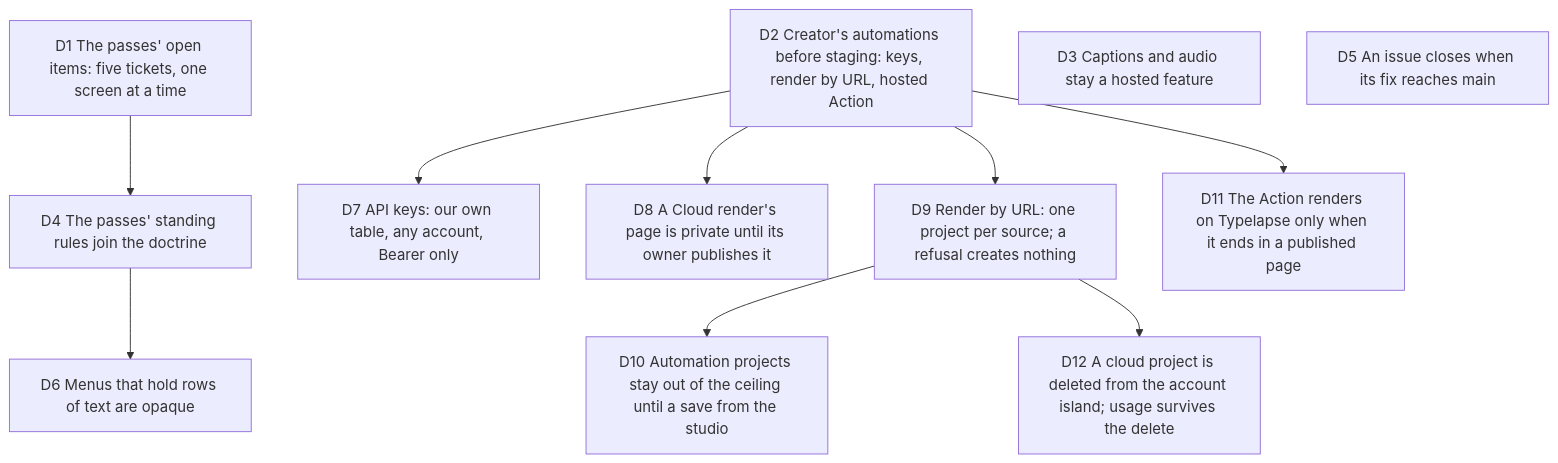
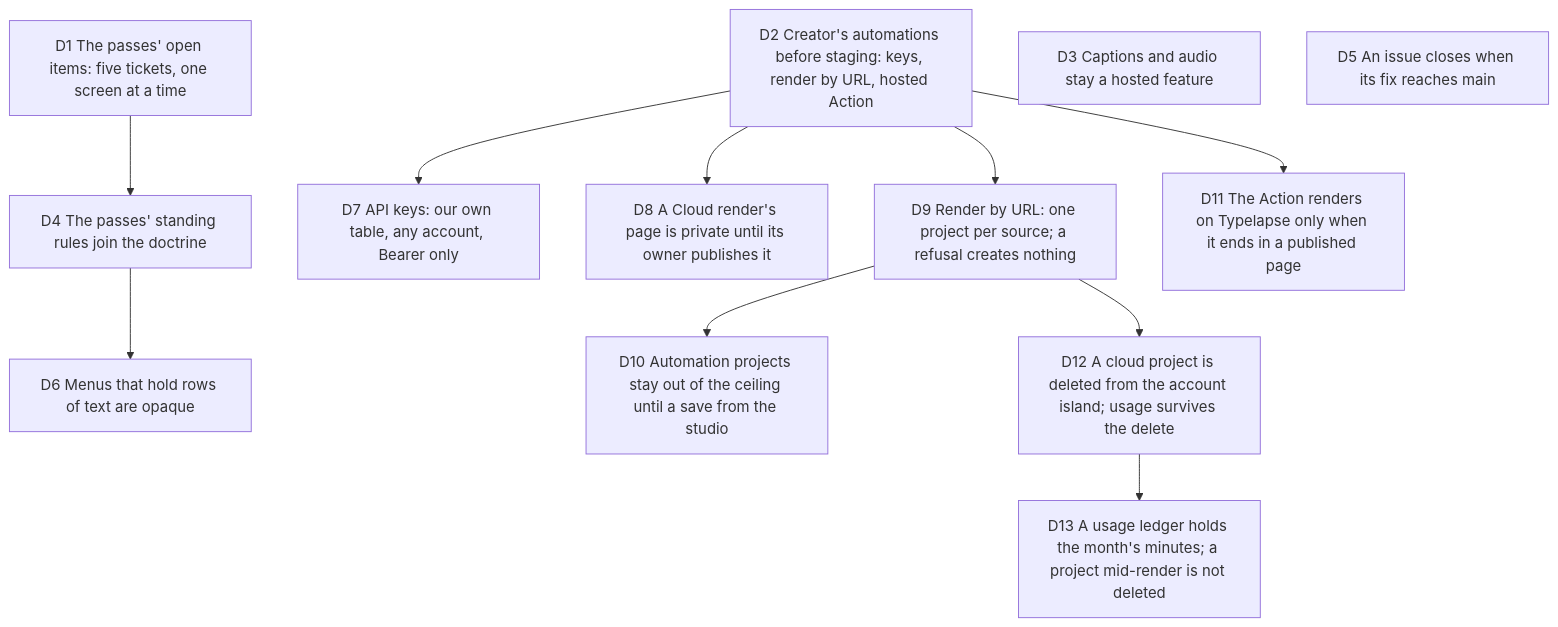
Before and after one commit to delhombre/typelapse: the diagram in docs/decisions/2026-10-05-next-wave.md, drawn with Mermaid. The commit also changed other lines of this file and 29 other files, not shown here.

First line of the commit message:
feat(hosted): the month's minutes live in a usage ledger a delete does not touch; a project mid-render is not deleted (#152)

````diff
--- a/docs/decisions/2026-10-05-next-wave.md
+++ b/docs/decisions/2026-10-05-next-wave.md
@@ -21,16 +21,17 @@
 ```mermaid
 flowchart TD
   D1["D1 The passes' open items: five tickets, one screen at a time"]
   D2["D2 Creator's automations before staging: keys, render by URL, hosted Action"]
   D3["D3 Captions and audio stay a hosted feature"]
   D4["D4 The passes' standing rules join the doctrine"]
   D5["D5 An issue closes when its fix reaches main"]
   D1 --> D4
   D4 --> D6["D6 Menus that hold rows of text are opaque"]
   D2 --> D7["D7 API keys: our own table, any account, Bearer only"]
   D2 --> D8["D8 A Cloud render's page is private until its owner publishes it"]
   D2 --> D9["D9 Render by URL: one project per source; a refusal creates nothing"]
   D9 --> D10["D10 Automation projects stay out of the ceiling until a save from the studio"]
   D2 --> D11["D11 The Action renders on Typelapse only when it ends in a published page"]
   D9 --> D12["D12 A cloud project is deleted from the account island; usage survives the delete"]
+  D12 --> D13["D13 A usage ledger holds the month's minutes; a project mid-render is not deleted"]
 ```
````
